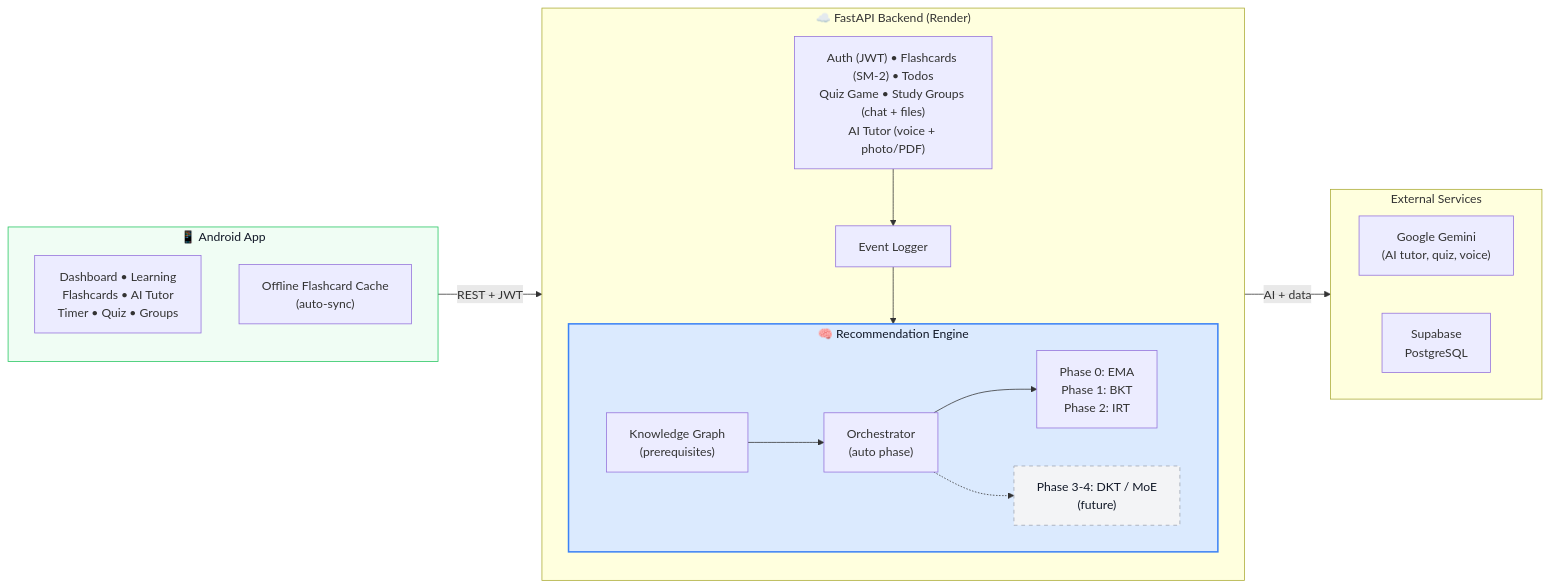
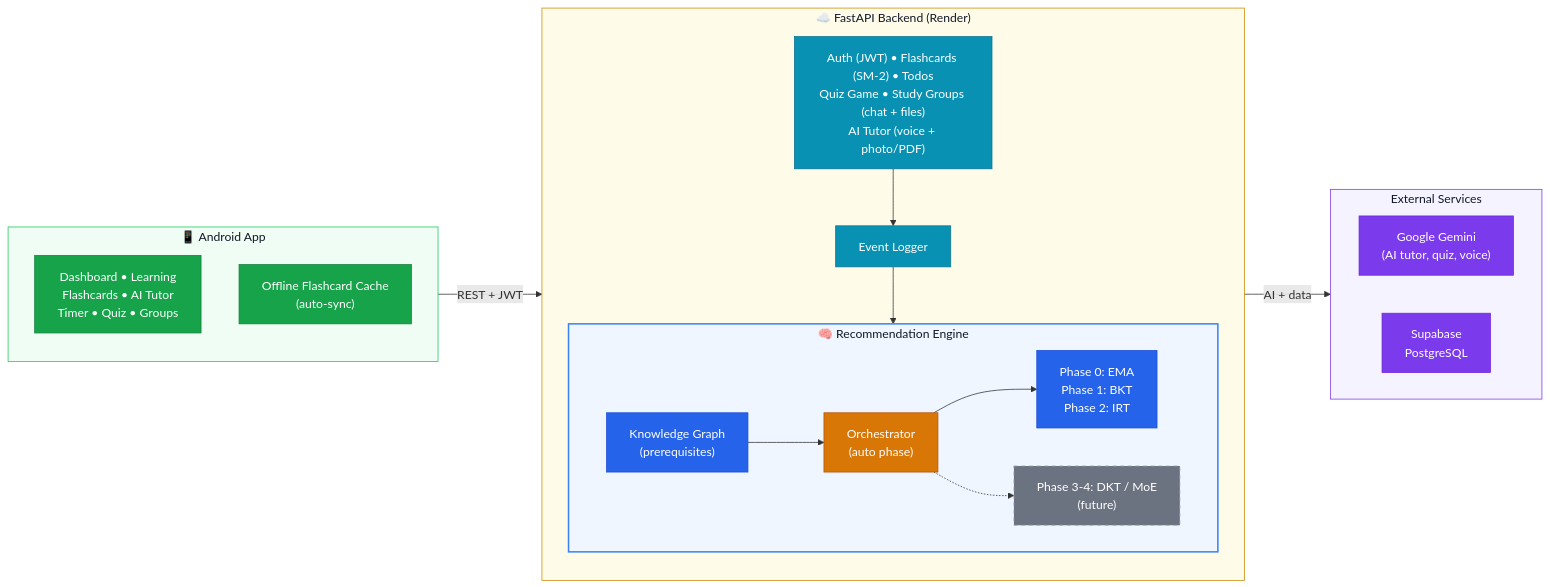
The diagram in docs/mermaid/slide-architecture.mmd (adarsh-67r/Anvesh), drawn with Mermaid before and after one commit. The commit also changed 13 other files, not shown here.

Commit message:
Add compact large-font slide diagrams and PowerPoint-safe exports

```diff
--- a/docs/mermaid/slide-architecture.mmd
+++ b/docs/mermaid/slide-architecture.mmd
@@ -1,32 +1,45 @@
 flowchart LR
     subgraph APP["📱 Android App"]
         direction TB
         UI["Dashboard • Learning<br/>Flashcards • AI Tutor<br/>Timer • Quiz • Groups"]
         OFF["Offline Flashcard Cache<br/>(auto-sync)"]
     end
 
     subgraph SRV["☁️ FastAPI Backend (Render)"]
         direction TB
         SVC["Auth (JWT) • Flashcards (SM-2) • Todos<br/>Quiz Game • Study Groups (chat + files)<br/>AI Tutor (voice + photo/PDF)"]
         LOG["Event Logger"]
         subgraph REC["🧠 Recommendation Engine"]
             direction LR
             KG["Knowledge Graph<br/>(prerequisites)"] --> ORC["Orchestrator<br/>(auto phase)"]
             ORC --> P["Phase 0: EMA<br/>Phase 1: BKT<br/>Phase 2: IRT"]
             ORC -.-> FUT["Phase 3-4: DKT / MoE<br/>(future)"]
         end
         SVC --> LOG --> REC
     end
 
     subgraph EXT["External Services"]
         direction LR
         GEM["Google Gemini<br/>(AI tutor, quiz, voice)"]
         DB["Supabase<br/>PostgreSQL"]
     end
 
     APP -->|REST + JWT| SVC
     SVC -->|AI + data| EXT
 
-    style REC fill:#dbeafe,stroke:#3b82f6,stroke-width:2px,color:#111827
+    classDef app fill:#16a34a,stroke:#15803d,color:#fff
+    classDef svc fill:#0891b2,stroke:#0e7490,color:#fff
+    classDef rec fill:#2563eb,stroke:#1d4ed8,color:#fff
+    classDef orch fill:#d97706,stroke:#b45309,color:#fff
+    classDef ext fill:#7c3aed,stroke:#6d28d9,color:#fff
+    classDef future fill:#6b7280,stroke:#9ca3af,stroke-dasharray: 5 5,color:#fff
+    class UI,OFF app
+    class SVC,LOG svc
+    class KG,P rec
+    class ORC orch
+    class GEM,DB ext
+    class FUT future
+    style REC fill:#eff6ff,stroke:#3b82f6,stroke-width:2px,color:#111827
     style APP fill:#f0fdf4,stroke:#22c55e,color:#111827
-    style FUT fill:#f3f4f6,stroke:#9ca3af,stroke-dasharray: 5 5,color:#111827
+    style SRV fill:#fefce8,stroke:#ca8a04,color:#111827
+    style EXT fill:#f5f3ff,stroke:#7c3aed,color:#111827
```
